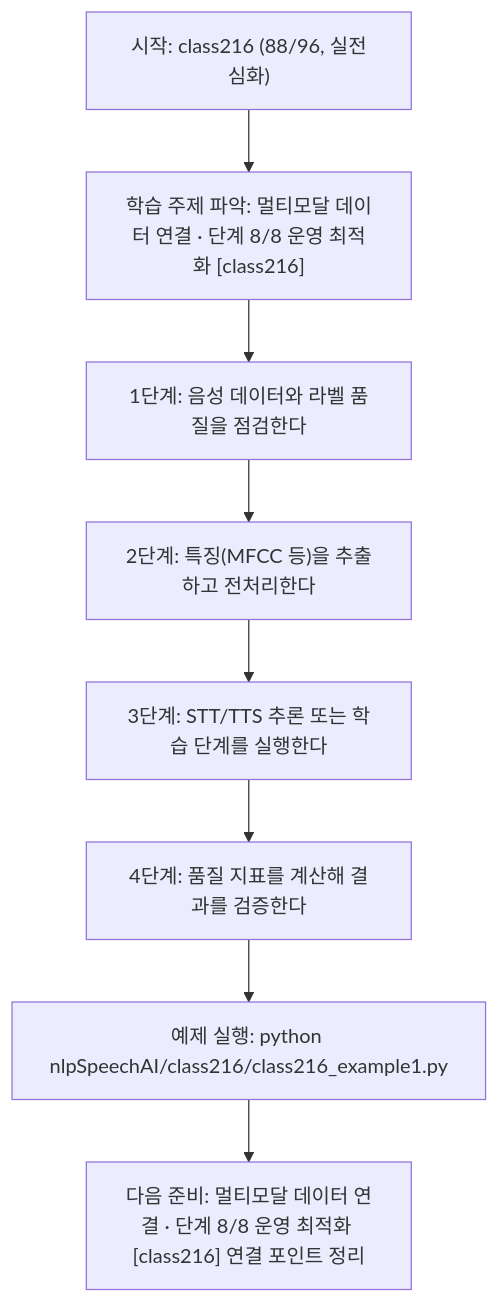
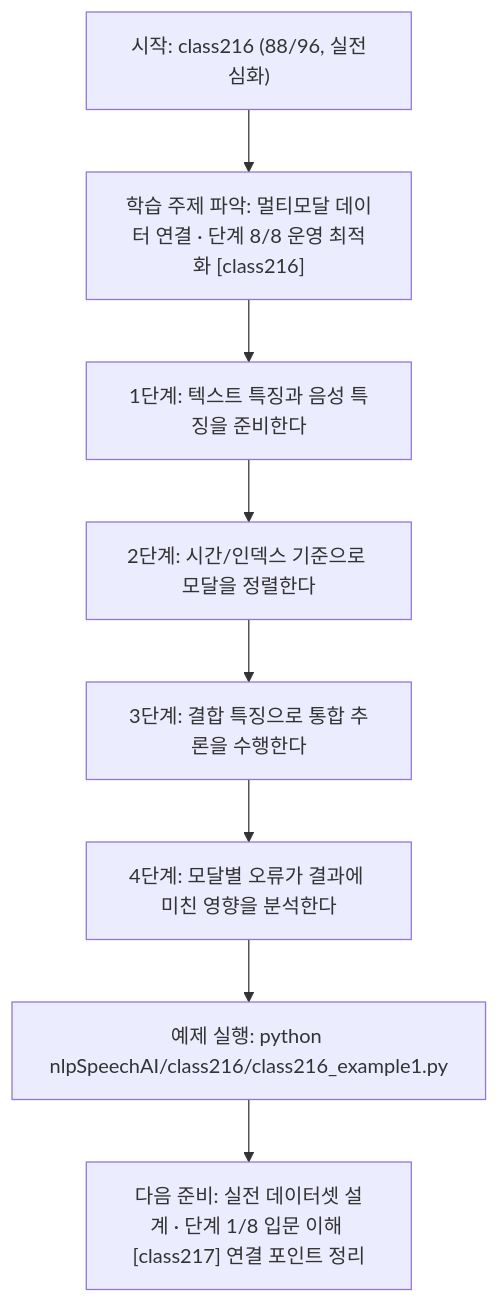
The diagram in nlpSpeechAI/class216/class216.md (edumgt/Python-AI_Agent-Class), drawn with Mermaid before and after one commit. The commit also changed other lines of this file and 1122 other files, not shown here.

````diff
--- a/nlpSpeechAI/class216/class216.md
+++ b/nlpSpeechAI/class216/class216.md
@@ -114,18 +95,18 @@
 ```mermaid
 flowchart TD
 N1["시작: class216 (88/96, 실전심화)"]
 N2["학습 주제 파악: 멀티모달 데이터 연결 · 단계 8/8 운영 최적화 [class216]"]
-N3["1단계: 음성 데이터와 라벨 품질을 점검한다"]
-N4["2단계: 특징(MFCC 등)을 추출하고 전처리한다"]
-N5["3단계: STT/TTS 추론 또는 학습 단계를 실행한다"]
-N6["4단계: 품질 지표를 계산해 결과를 검증한다"]
+N3["1단계: 텍스트 특징과 음성 특징을 준비한다"]
+N4["2단계: 시간/인덱스 기준으로 모달을 정렬한다"]
+N5["3단계: 결합 특징으로 통합 추론을 수행한다"]
+N6["4단계: 모달별 오류가 결과에 미친 영향을 분석한다"]
 N7["예제 실행: python nlpSpeechAI/class216/class216_example1.py"]
-N8["다음 준비: 멀티모달 데이터 연결 · 단계 8/8 운영 최적화 [class216] 연결 포인트 정리"]
+N8["다음 준비: 실전 데이터셋 설계 · 단계 1/8 입문 이해 [class217] 연결 포인트 정리"]
 N1 --> N2
 N2 --> N3
 N3 --> N4
 N4 --> N5
 N5 --> N6
 N6 --> N7
 N7 --> N8
 ```
````
